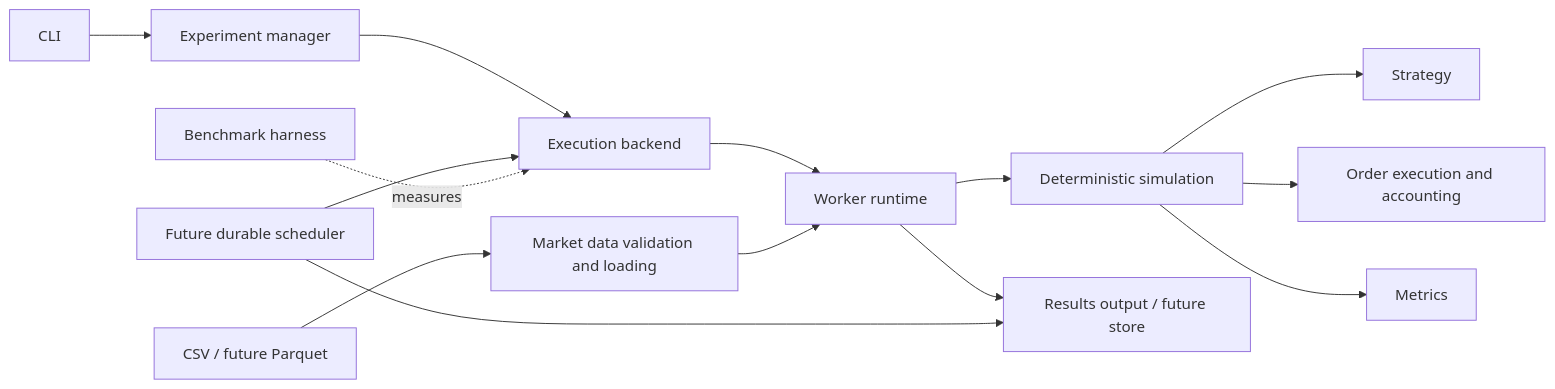
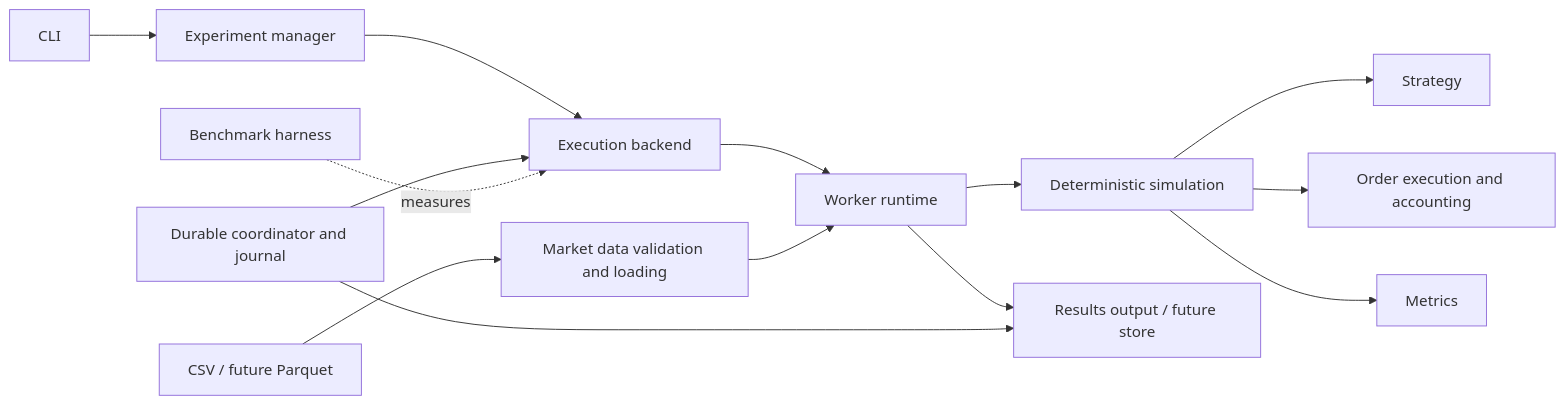
Before and after one commit to BDZendure/distrubuted-backtester: the diagram in docs/architecture.md, drawn with Mermaid. The commit also changed other lines of this file and 11 other files, not shown here.

````diff
--- a/docs/architecture.md
+++ b/docs/architecture.md
@@ -32,16 +33,16 @@
 ```mermaid
 flowchart LR
     CLI[CLI] --> EM[Experiment manager]
     CSV[CSV / future Parquet] --> MD[Market data validation and loading]
     EM --> EB[Execution backend]
     EB --> WR[Worker runtime]
     MD --> WR
     WR --> SE[Deterministic simulation]
     SE --> ST[Strategy]
     SE --> AC[Order execution and accounting]
     SE --> ME[Metrics]
     WR --> RS[Results output / future store]
-    JS[Future durable scheduler] --> EB
+    JS[Durable coordinator and journal] --> EB
     JS --> RS
     BM[Benchmark harness] -. measures .-> EB
 ```
````
